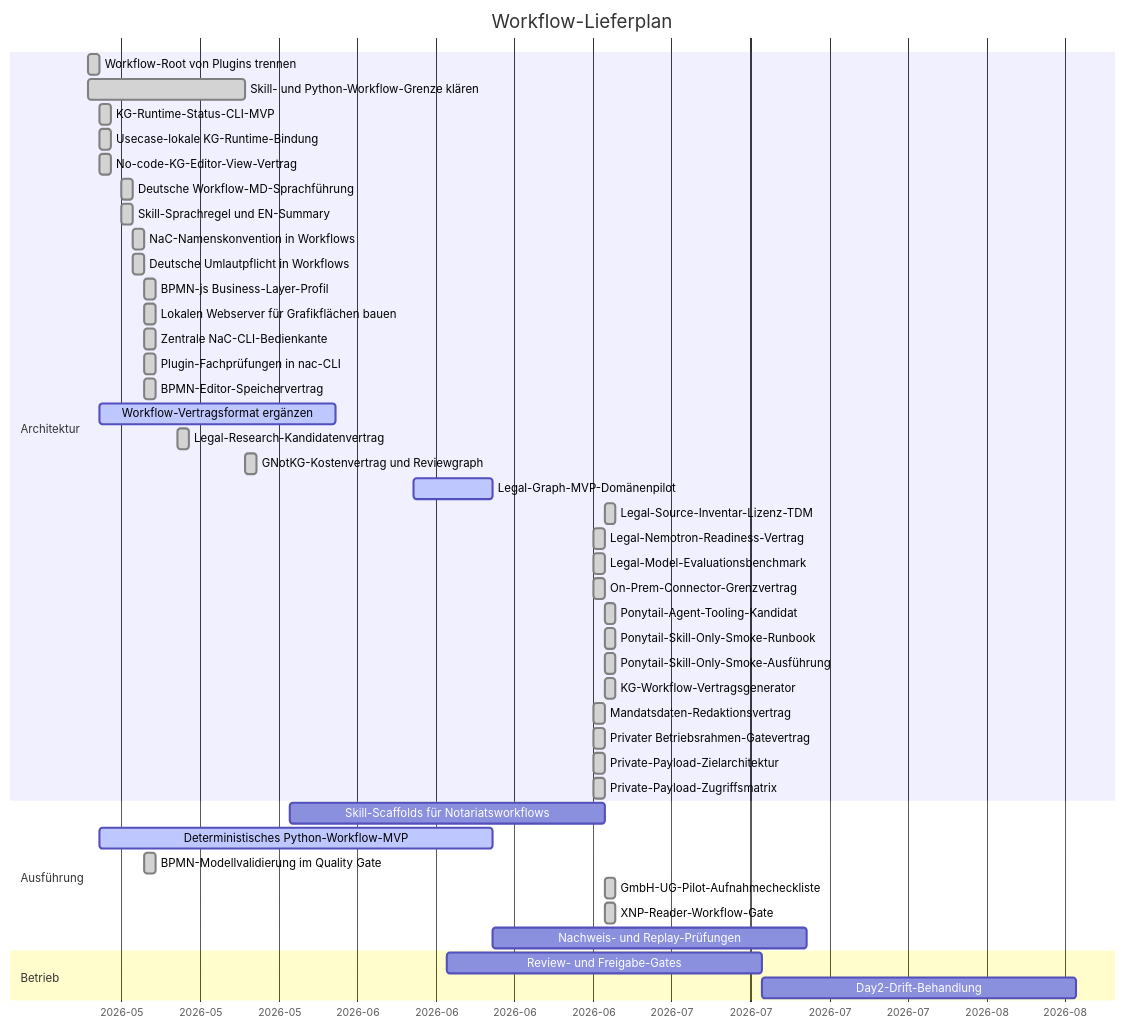
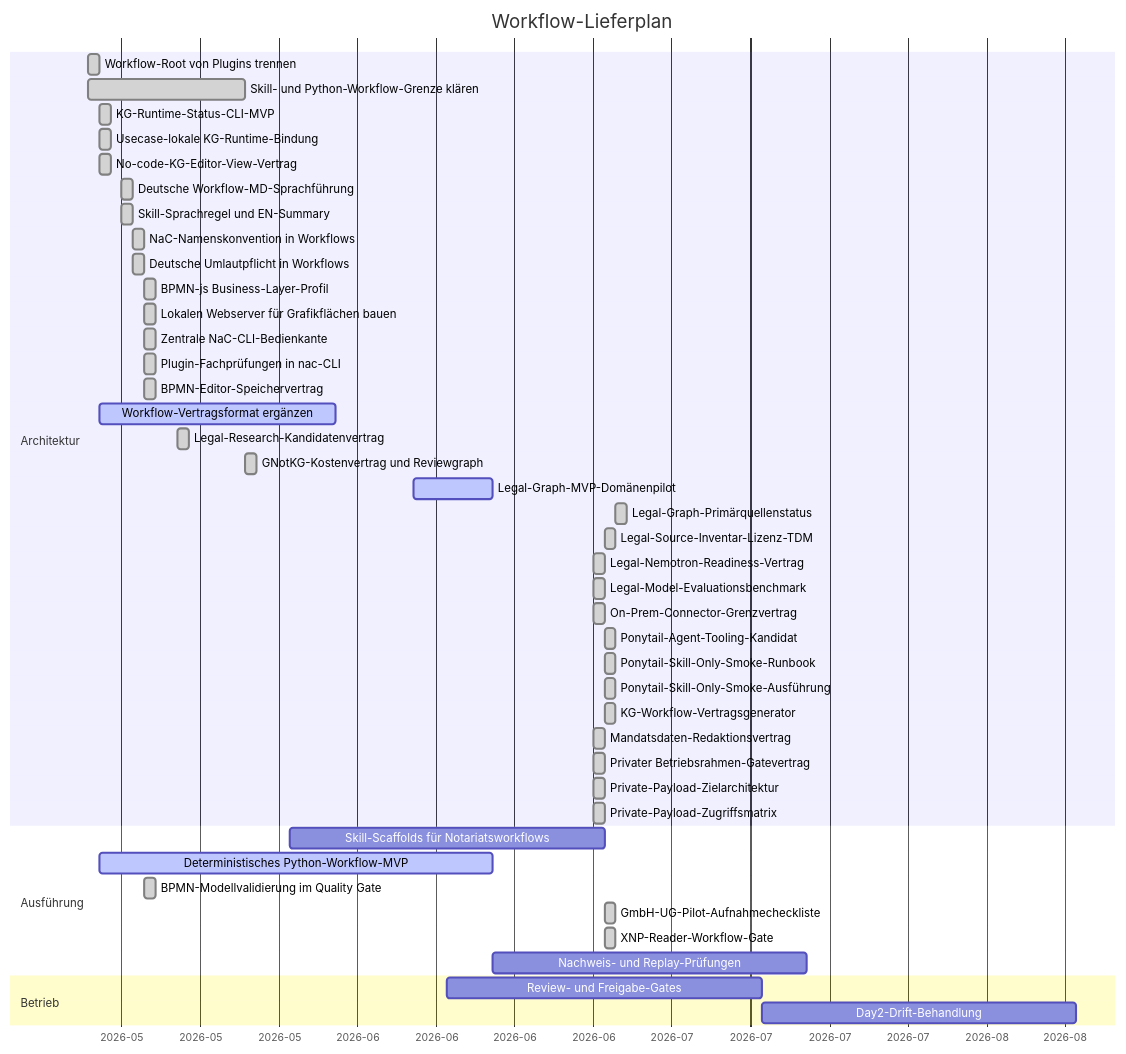
One commit to notariat8/NaC changed the diagram in workflows/GANTT.md. Above: the diagram before and after it, drawn with Mermaid. The commit also changed other lines of this file and 2 other files, not shown here.

Commit message:
Align legal graph source pilot status

````diff
--- a/workflows/GANTT.md
+++ b/workflows/GANTT.md
@@ -5,50 +5,51 @@
 ```mermaid
 gantt
     title Workflow-Lieferplan
     dateFormat  YYYY-MM-DD
     axisFormat  %Y-%m
 
     section Architektur
     Workflow-Root von Plugins trennen          :done,   w1, 2026-05-14, 1d
     Skill- und Python-Workflow-Grenze klären  :done,   w2, 2026-05-14, 14d
     KG-Runtime-Status-CLI-MVP                  :done,   w3, 2026-05-15, 1d
     Usecase-lokale KG-Runtime-Bindung          :done,   w3a, 2026-05-15, 1d
     No-code-KG-Editor-View-Vertrag             :done,   w4a, 2026-05-15, 1d
     Deutsche Workflow-MD-Sprachführung        :done,   w4b, 2026-05-17, 1d
     Skill-Sprachregel und EN-Summary            :done,   w4c, 2026-05-17, 1d
     NaC-Namenskonvention in Workflows           :done,   w4d, 2026-05-18, 1d
     Deutsche Umlautpflicht in Workflows         :done,   w4e, 2026-05-18, 1d
     BPMN-js Business-Layer-Profil               :done,   w4f, 2026-05-19, 1d
     Lokalen Webserver für Grafikflächen bauen  :done,   w4g, 2026-05-19, 1d
     Zentrale NaC-CLI-Bedienkante                :done,   w4h, 2026-05-19, 1d
     Plugin-Fachprüfungen in nac-CLI             :done,   w4i, 2026-05-19, 1d
     BPMN-Editor-Speichervertrag                 :done,   w4j, 2026-05-19, 1d
     Workflow-Vertragsformat ergänzen          :active, w4, 2026-05-15, 21d
     Legal-Research-Kandidatenvertrag           :done,   w4k, 2026-05-22, 1d
     GNotKG-Kostenvertrag und Reviewgraph        :done,   w4l, 2026-05-28, 1d
     Legal-Graph-MVP-Domänenpilot              :active, w4m, 2026-06-12, 7d
+    Legal-Graph-Primärquellenstatus            :done,   w4z, 2026-06-30, 1d
     Legal-Source-Inventar-Lizenz-TDM           :done,   w4u, 2026-06-29, 1d
     Legal-Nemotron-Readiness-Vertrag            :done,   w4s, 2026-06-28, 1d
     Legal-Model-Evaluationsbenchmark           :done,   w4t, 2026-06-28, 1d
     On-Prem-Connector-Grenzvertrag            :done,   w4n, 2026-06-28, 1d
     Ponytail-Agent-Tooling-Kandidat            :done,   w4v, 2026-06-29, 1d
     Ponytail-Skill-Only-Smoke-Runbook          :done,   w4w, 2026-06-29, 1d
     Ponytail-Skill-Only-Smoke-Ausführung       :done,   w4x, 2026-06-29, 1d
     KG-Workflow-Vertragsgenerator              :done,   w4y, 2026-06-29, 1d
     Mandatsdaten-Redaktionsvertrag             :done,   w4o, 2026-06-28, 1d
     Privater Betriebsrahmen-Gatevertrag        :done,   w4p, 2026-06-28, 1d
     Private-Payload-Zielarchitektur            :done,   w4q, 2026-06-28, 1d
     Private-Payload-Zugriffsmatrix             :done,   w4r, 2026-06-28, 1d
 
     section Ausführung
     Skill-Scaffolds für Notariatsworkflows    :        w5, 2026-06-01, 28d
     Deterministisches Python-Workflow-MVP      :active, w6, 2026-05-15, 35d
     BPMN-Modellvalidierung im Quality Gate      :done,   w6a, 2026-05-19, 1d
     GmbH-UG-Pilot-Aufnahmecheckliste           :done,   w6b, 2026-06-29, 1d
     XNP-Reader-Workflow-Gate                   :done,   w6c, 2026-06-29, 1d
     Nachweis- und Replay-Prüfungen            :        w7, after w6, 28d
 
     section Betrieb
     Review- und Freigabe-Gates                 :        w8, 2026-06-15, 28d
     Day2-Drift-Behandlung                      :        w9, after w8, 28d
 ```
````
